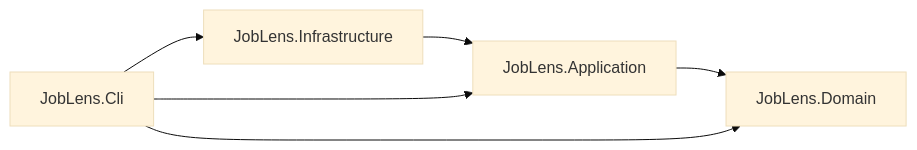
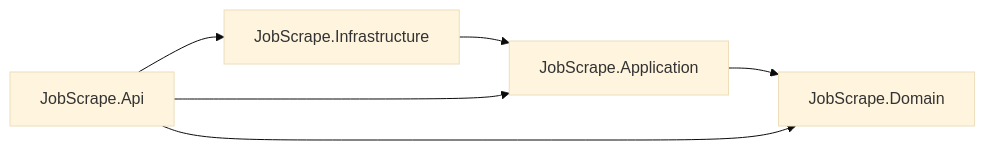
Before and after one commit to AslamNazeerShaikh/PlaywrightDotNet: the third of 10 diagrams in docs/02-architecture.md, drawn with Mermaid (base theme). The commit also changed other lines of this file and 3 other files, not shown here.

First line of the commit message:
docs: ground architecture docs in the implemented codebase with verified mermaid

````diff
--- a/docs/02-architecture.md
+++ b/docs/02-architecture.md
@@ -136,8 +140,8 @@
 ```mermaid
 flowchart LR
-    CLI["JobLens.Cli"] --> INF["JobLens.Infrastructure"]
-    INF --> APP["JobLens.Application"]
-    APP --> DOM["JobLens.Domain"]
-    CLI --> APP
-    CLI --> DOM
+    API["JobScrape.Api"] --> INF["JobScrape.Infrastructure"]
+    INF --> APP["JobScrape.Application"]
+    APP --> DOM["JobScrape.Domain"]
+    API --> APP
+    API --> DOM
 ```
````
